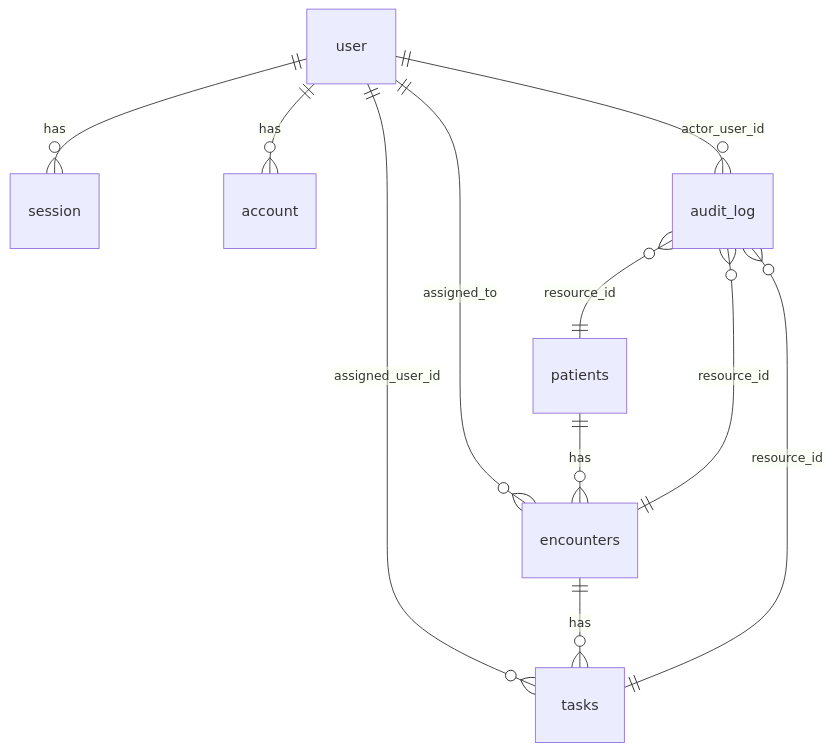
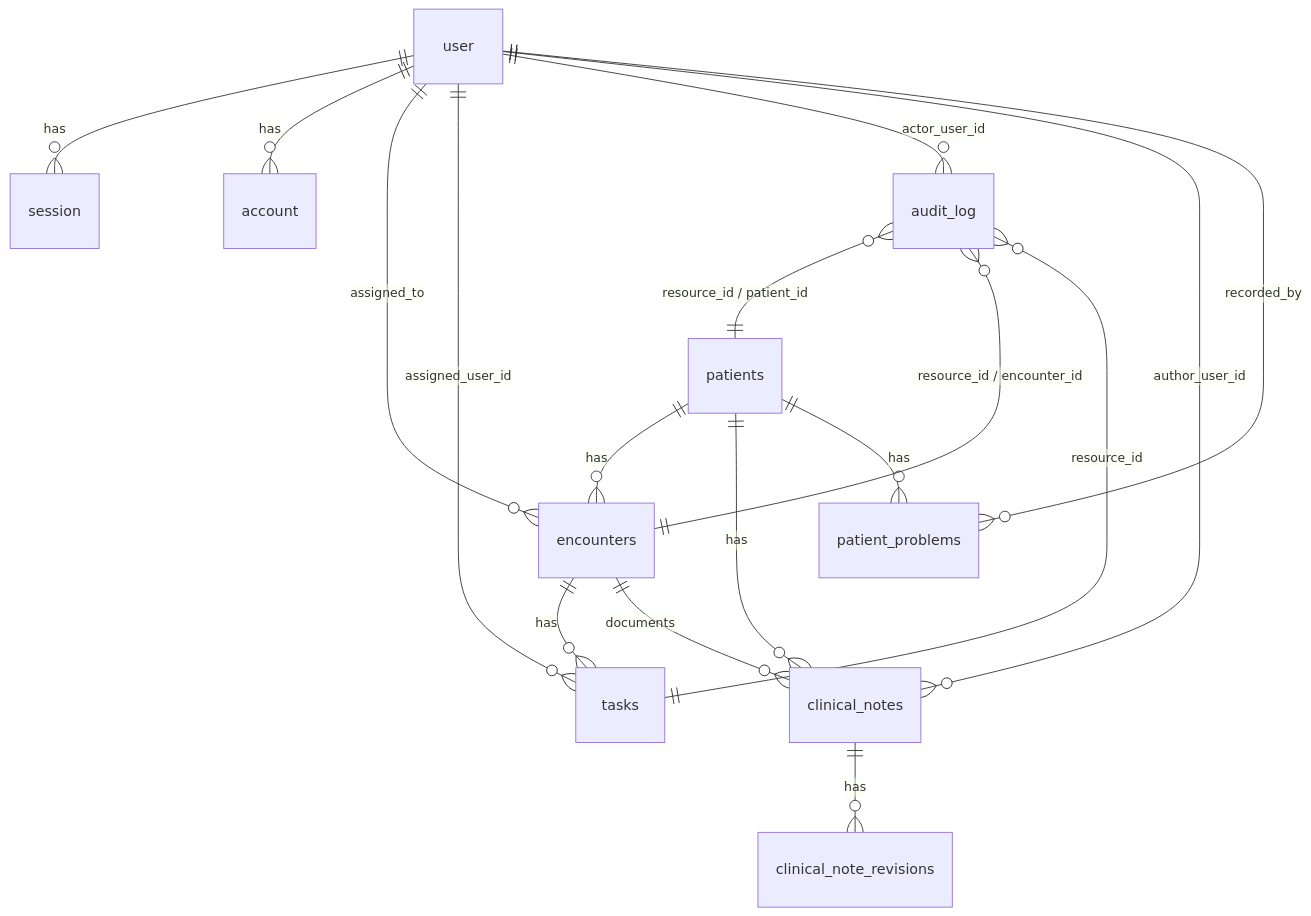
The diagram in docs/contracts/schema.md (johninquest/patient-flow), drawn with Mermaid before and after one commit. The commit also changed other lines of this file and 69 other files, not shown here.

````diff
--- a/docs/contracts/schema.md
+++ b/docs/contracts/schema.md
@@ -269,15 +468,21 @@
 ```mermaid
 erDiagram
     user ||--o{ session : "has"
     user ||--o{ account : "has"
     user ||--o{ encounters : "assigned_to"
     user ||--o{ tasks : "assigned_user_id"
     user ||--o{ audit_log : "actor_user_id"
+    user ||--o{ clinical_notes : "author_user_id"
+    user ||--o{ patient_problems : "recorded_by"
 
     patients ||--o{ encounters : "has"
+    patients ||--o{ clinical_notes : "has"
+    patients ||--o{ patient_problems : "has"
     encounters ||--o{ tasks : "has"
+    encounters ||--o{ clinical_notes : "documents"
+    clinical_notes ||--o{ clinical_note_revisions : "has"
 
-    audit_log }o--|| patients : "resource_id"
-    audit_log }o--|| encounters : "resource_id"
+    audit_log }o--|| patients : "resource_id / patient_id"
+    audit_log }o--|| encounters : "resource_id / encounter_id"
     audit_log }o--|| tasks : "resource_id"
 ```
````
